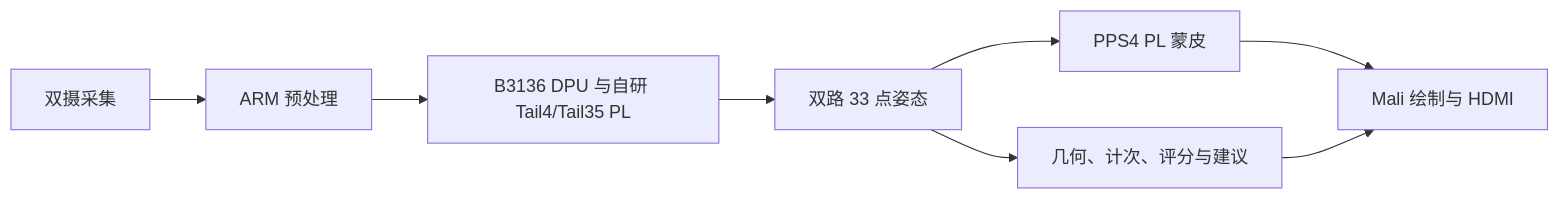
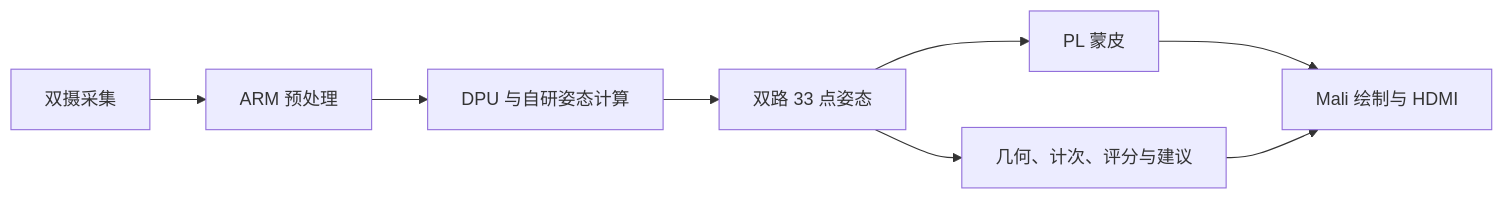
Before and after one commit to Westuniverse/twincoach: the diagram in readme.md, drawn with Mermaid. The commit also changed other lines of this file and 77 other files, not shown here.

````diff
--- a/readme.md
+++ b/readme.md
@@ -9,10 +9,10 @@
 ```mermaid
 flowchart LR
     A[双摄采集] --> B[ARM 预处理]
-    B --> C[B3136 DPU 与自研 Tail4/Tail35 PL]
+    B --> C[DPU 与自研姿态计算]
     C --> D[双路 33 点姿态]
     D --> E[几何、计次、评分与建议]
-    D --> F[PPS4 PL 蒙皮]
+    D --> F[PL 蒙皮]
     F --> G[Mali 绘制与 HDMI]
     E --> G
 ```
````
